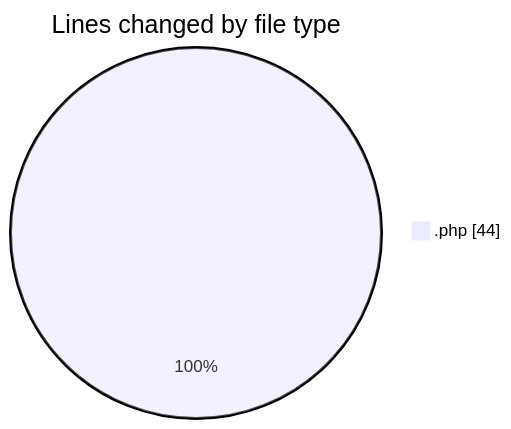
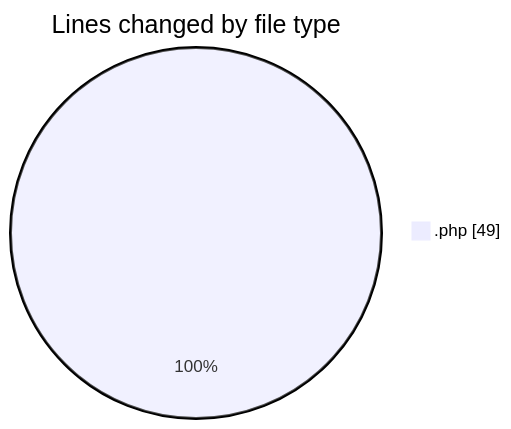
The first of 2 diagrams in 2026-06-24/web/README.md (LanceThiago/code-tracking), drawn with Mermaid before and after one commit. The commit also changed other lines of this file and 1 other file, not shown here.

````diff
--- a/2026-06-24/web/README.md
+++ b/2026-06-24/web/README.md
@@ -20,5 +20,5 @@
 ```mermaid
 pie showData
 title Lines changed by file type
-".php" : 44
+".php" : 49
 ```
````
